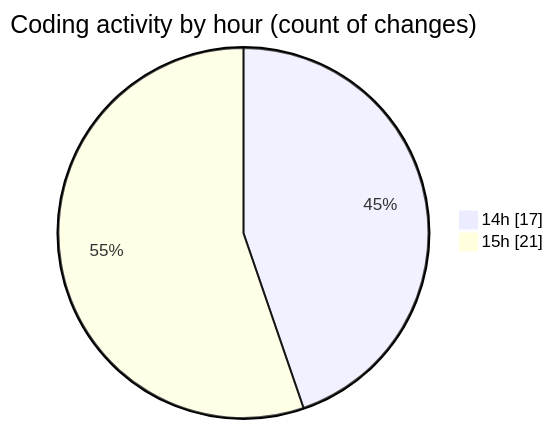
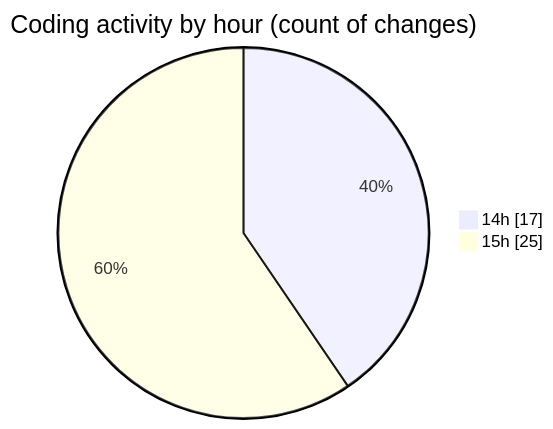
The second of 2 diagrams in 2025-04-10/trackers_app/README.md (donsfak/code-tracking), drawn with Mermaid before and after one commit. The commit also changed other lines of this file and 1 other file, not shown here.

````diff
--- a/2025-04-10/trackers_app/README.md
+++ b/2025-04-10/trackers_app/README.md
@@ -42,6 +42,6 @@
 ```mermaid
 pie showData
 title Coding activity by hour (count of changes)
 "14h" : 17
-"15h" : 21
+"15h" : 25
 ```
````
